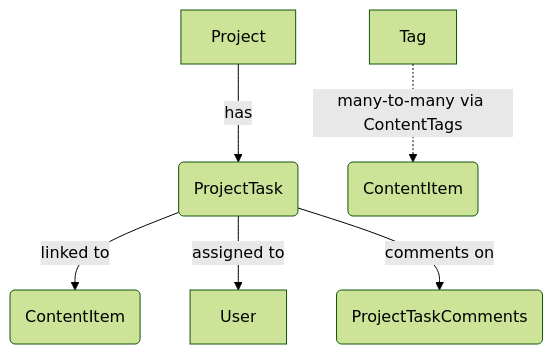
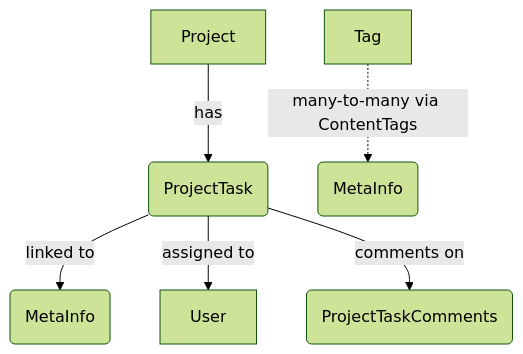
The third of 4 diagrams in docs/ENTITY_RELATIONSHIPS.md (phinoox/Gadema), drawn with Mermaid (forest theme) before and after one commit. The commit also changed other lines of this file and 62 other files, not shown here.

Commit message:
renamed ContentItem to MetaInfo to better reflect its purpose(and confuse the llm a little less)

````diff
--- a/docs/ENTITY_RELATIONSHIPS.md
+++ b/docs/ENTITY_RELATIONSHIPS.md
@@ -201,9 +201,9 @@
 ```mermaid
 graph TD
     A[Project] -->|has| B(ProjectTask)
-    B -->|linked to| C(ContentItem)
+    B -->|linked to| C(MetaInfo)
     B -->|assigned to| D[User]
     B -->|comments on| E(ProjectTaskComments)
     
-    F[Tag] -.->|many-to-many via ContentTags| G(ContentItem)
+    F[Tag] -.->|many-to-many via ContentTags| G(MetaInfo)
 ```
````
